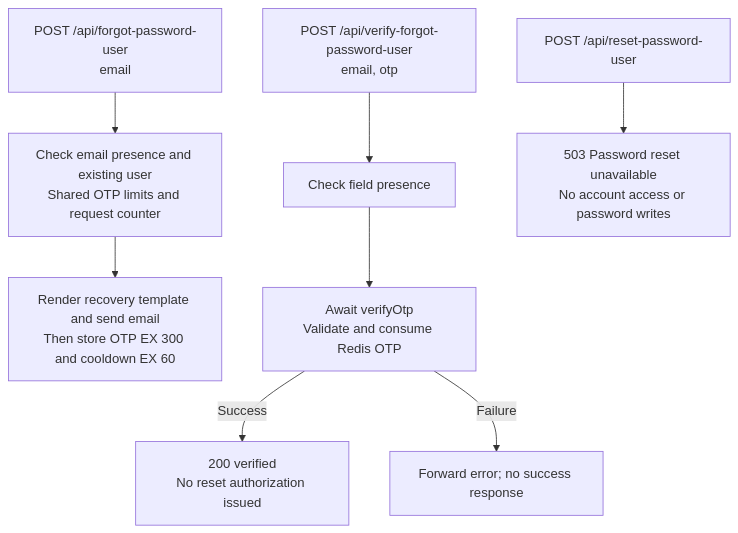
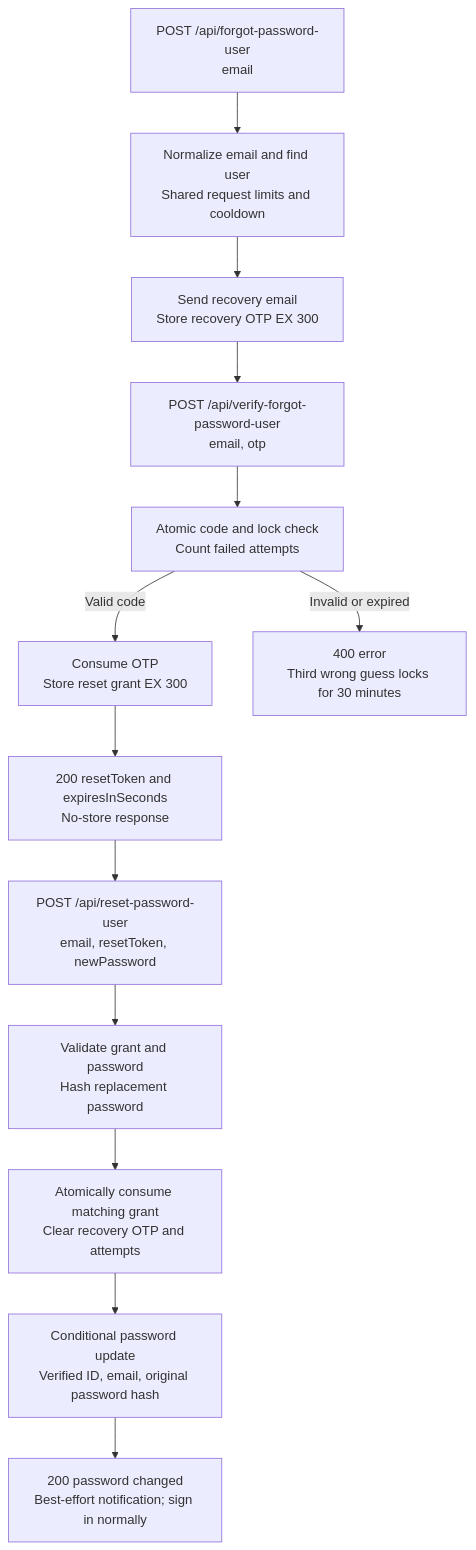
Before and after one commit to Kruskal892/Microservice-SaaS-E-commerce: the sixth of 7 diagrams in docs/architecture/request-flows.md, drawn with Mermaid. The commit also changed other lines of this file and 34 other files, not shown here.

Commit message:
feat: implement single-use password reset and connect forgot-password flow

````diff
--- a/docs/architecture/request-flows.md
+++ b/docs/architecture/request-flows.md
@@ -235,10 +237,15 @@
 ```mermaid
 flowchart TD
-    Request["POST /api/forgot-password-user<br/>email"] --> Lookup["Check email presence and existing user<br/>Shared OTP limits and request counter"]
-    Lookup --> Mail["Render recovery template and send email<br/>Then store OTP EX 300 and cooldown EX 60"]
-    Verify["POST /api/verify-forgot-password-user<br/>email, otp"] --> Presence["Check field presence"]
-    Presence --> Launch["Await verifyOtp<br/>Validate and consume Redis OTP"]
-    Launch -->|Success| Verified["200 verified<br/>No reset authorization issued"]
-    Launch -->|Failure| Error["Forward error; no success response"]
-    Reset["POST /api/reset-password-user"] --> Disabled["503 Password reset unavailable<br/>No account access or password writes"]
+    Request["POST /api/forgot-password-user<br/>email"] --> Lookup["Normalize email and find user<br/>Shared request limits and cooldown"]
+    Lookup --> Mail["Send recovery email<br/>Store recovery OTP EX 300"]
+    Mail --> Verify["POST /api/verify-forgot-password-user<br/>email, otp"]
+    Verify --> Check["Atomic code and lock check<br/>Count failed attempts"]
+    Check -->|Valid code| Grant["Consume OTP<br/>Store reset grant EX 300"]
+    Check -->|Invalid or expired| Error["400 error<br/>Third wrong guess locks for 30 minutes"]
+    Grant --> Token["200 resetToken and expiresInSeconds<br/>No-store response"]
+    Token --> Reset["POST /api/reset-password-user<br/>email, resetToken, newPassword"]
+    Reset --> Hash["Validate grant and password<br/>Hash replacement password"]
+    Hash --> Consume["Atomically consume matching grant<br/>Clear recovery OTP and attempts"]
+    Consume --> Write["Conditional password update<br/>Verified ID, email, original password hash"]
+    Write --> Success["200 password changed<br/>Best-effort notification; sign in normally"]
 ```
````
